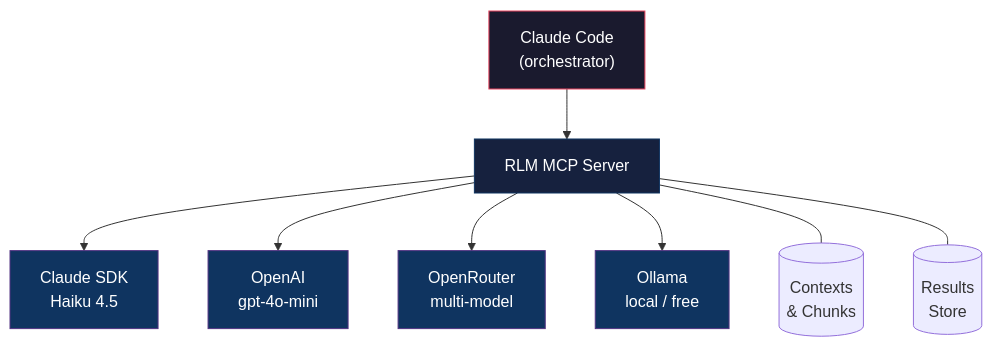
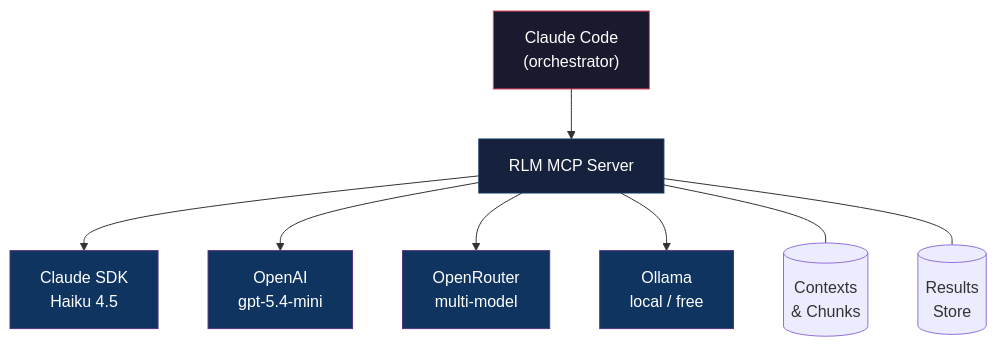
Before and after one commit to arkaigrowth/rlm: the first of 2 diagrams in README.md, drawn with Mermaid. The commit also changed other lines of this file and 11 other files, not shown here.

Commit message:
Add shared Keychain helper contract and GPT-5.4-mini defaults

````diff
--- a/README.md
+++ b/README.md
@@ -92,18 +95,18 @@
 ```mermaid
 flowchart TB
     CC["Claude Code<br/>(orchestrator)"] --> RLM["RLM MCP Server"]
     RLM --> CS["Claude SDK<br/>Haiku 4.5"]
-    RLM --> OA["OpenAI<br/>gpt-4o-mini"]
+    RLM --> OA["OpenAI<br/>gpt-5.4-mini"]
     RLM --> OR["OpenRouter<br/>multi-model"]
     RLM --> OL["Ollama<br/>local / free"]
 
     RLM --- CTX[("Contexts<br/>& Chunks")]
     RLM --- RES[("Results<br/>Store")]
 
     style CC fill:#1a1a2e,stroke:#e94560,color:#fff
     style RLM fill:#16213e,stroke:#0f3460,color:#fff
     style CS fill:#0f3460,stroke:#533483,color:#fff
     style OA fill:#0f3460,stroke:#533483,color:#fff
     style OR fill:#0f3460,stroke:#533483,color:#fff
     style OL fill:#0f3460,stroke:#533483,color:#fff
 ```
````
